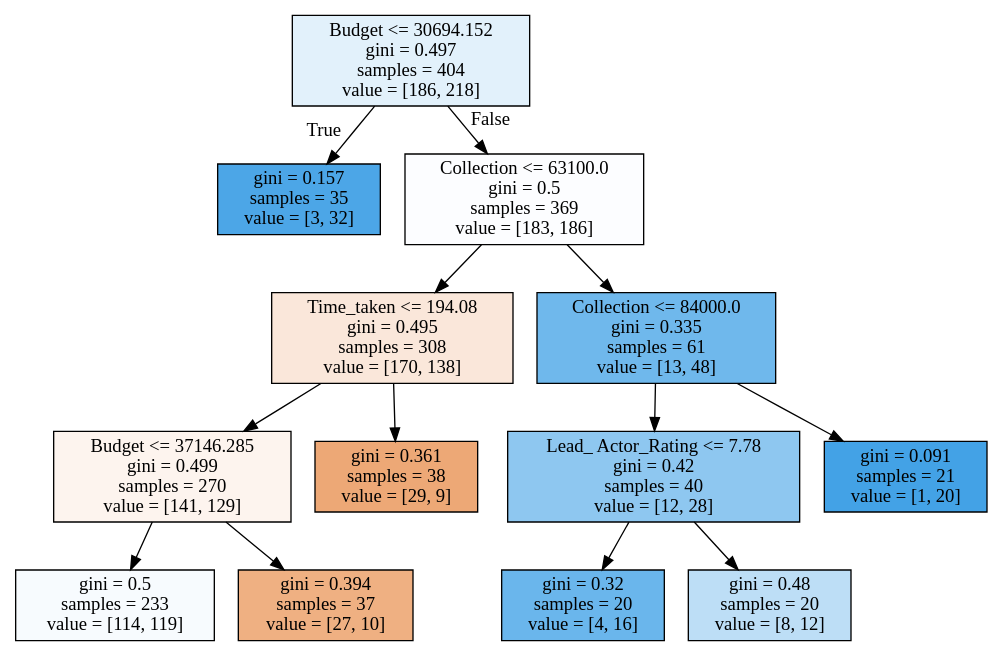
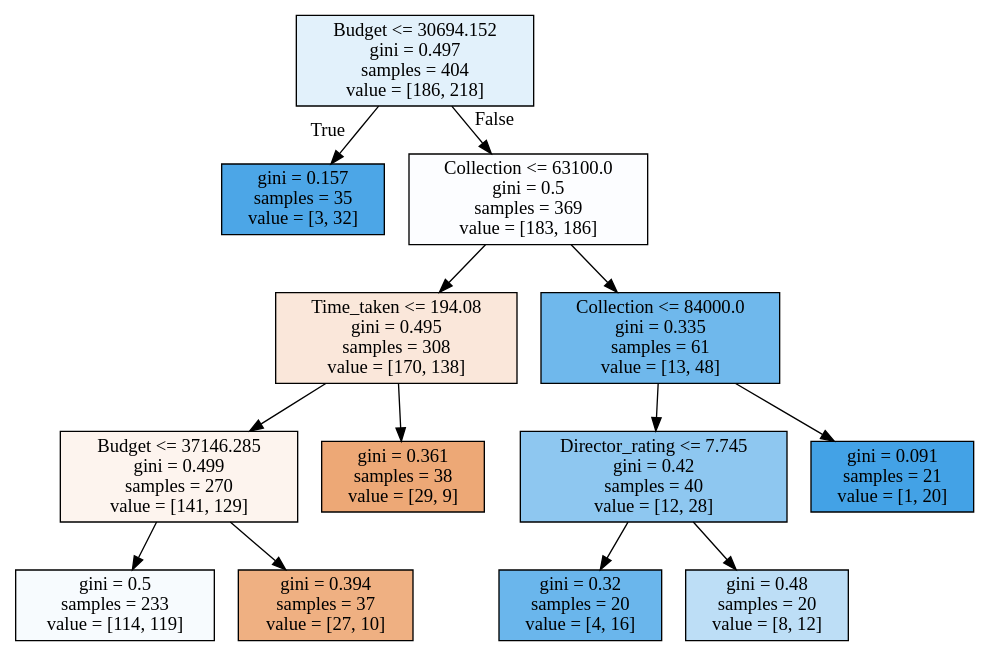
One commit to radhikagupta6/Machine-Learning-and-Data-Science-Algorithms changed the diagram in Decision Trees/Classification DT/ctree1.dot. Above: the diagram before and after it, drawn with Graphviz. The commit also changed 2 other files, not shown here.

```diff
--- a/Decision Trees/Classification DT/ctree1.dot
+++ b/Decision Trees/Classification DT/ctree1.dot
@@ -1,28 +1,28 @@
 digraph Tree {
 node [shape=box, style="filled", color="black"] ;
 0 [label="Budget <= 30694.152\ngini = 0.497\nsamples = 404\nvalue = [186, 218]", fillcolor="#e2f1fb"] ;
 1 [label="gini = 0.157\nsamples = 35\nvalue = [3, 32]", fillcolor="#4ca6e7"] ;
 0 -> 1 [labeldistance=2.5, labelangle=45, headlabel="True"] ;
 2 [label="Collection <= 63100.0\ngini = 0.5\nsamples = 369\nvalue = [183, 186]", fillcolor="#fcfdff"] ;
 0 -> 2 [labeldistance=2.5, labelangle=-45, headlabel="False"] ;
 3 [label="Time_taken <= 194.08\ngini = 0.495\nsamples = 308\nvalue = [170, 138]", fillcolor="#fae7da"] ;
 2 -> 3 ;
 4 [label="Budget <= 37146.285\ngini = 0.499\nsamples = 270\nvalue = [141, 129]", fillcolor="#fdf4ee"] ;
 3 -> 4 ;
 5 [label="gini = 0.5\nsamples = 233\nvalue = [114, 119]", fillcolor="#f7fbfe"] ;
 4 -> 5 ;
 6 [label="gini = 0.394\nsamples = 37\nvalue = [27, 10]", fillcolor="#efb082"] ;
 4 -> 6 ;
 7 [label="gini = 0.361\nsamples = 38\nvalue = [29, 9]", fillcolor="#eda876"] ;
 3 -> 7 ;
 8 [label="Collection <= 84000.0\ngini = 0.335\nsamples = 61\nvalue = [13, 48]", fillcolor="#6fb8ec"] ;
 2 -> 8 ;
-9 [label="Lead_ Actor_Rating <= 7.78\ngini = 0.42\nsamples = 40\nvalue = [12, 28]", fillcolor="#8ec7f0"] ;
+9 [label="Director_rating <= 7.745\ngini = 0.42\nsamples = 40\nvalue = [12, 28]", fillcolor="#8ec7f0"] ;
 8 -> 9 ;
 10 [label="gini = 0.32\nsamples = 20\nvalue = [4, 16]", fillcolor="#6ab6ec"] ;
 9 -> 10 ;
 11 [label="gini = 0.48\nsamples = 20\nvalue = [8, 12]", fillcolor="#bddef6"] ;
 9 -> 11 ;
 12 [label="gini = 0.091\nsamples = 21\nvalue = [1, 20]", fillcolor="#43a2e6"] ;
 8 -> 12 ;
 }
```
